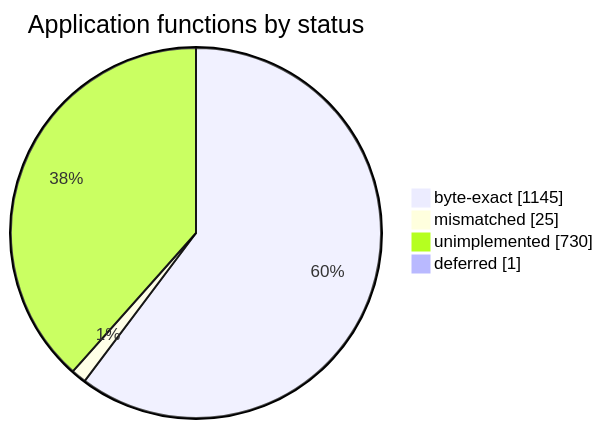
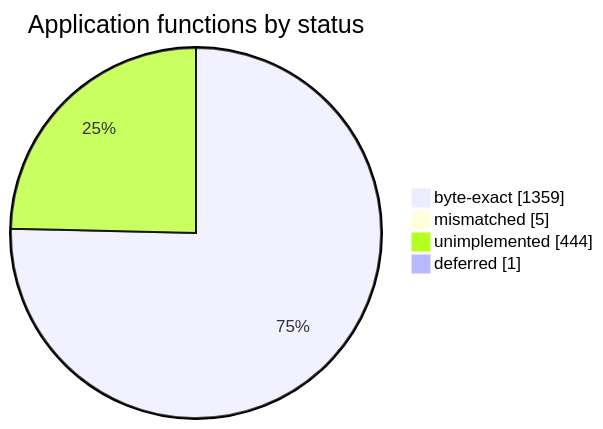
Before and after one commit to sorokya/eos: the diagram in README.md, drawn with Mermaid. The commit also changed other lines of this file and 4 other files, not shown here.

````diff
--- a/README.md
+++ b/README.md
@@ -152,8 +152,8 @@
 ```mermaid
 pie showData
     title Application functions by status
-    "byte-exact" : 1145
-    "mismatched" : 25
-    "unimplemented" : 730
+    "byte-exact" : 1359
+    "mismatched" : 5
+    "unimplemented" : 444
     "deferred" : 1
 ```
````
